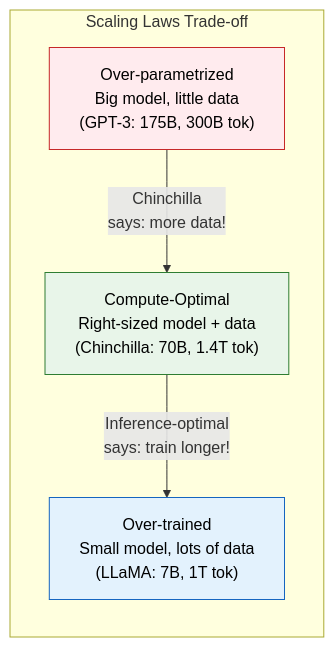
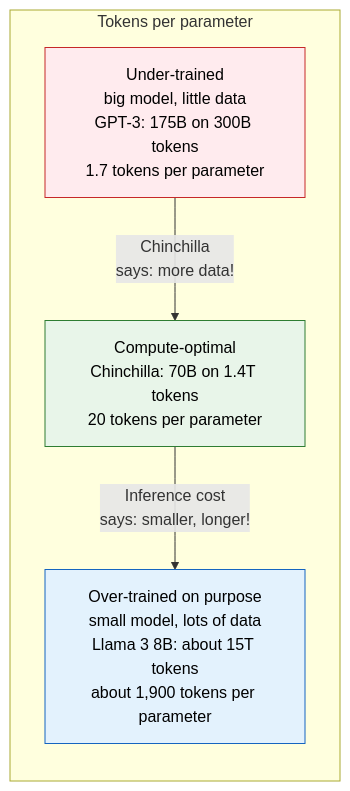
One commit to Hmago/ml4 changed diagram 16 of 26 in content/34b_google_top10_ml_interview_part2.md. Above: the diagram before and after it, drawn with Mermaid. The commit also changed other lines of this file and 59 other files, not shown here.

````diff
--- a/content/34b_google_top10_ml_interview_part2.md
+++ b/content/34b_google_top10_ml_interview_part2.md
@@ -1139,16 +1839,16 @@
 ```mermaid
 graph LR
-    subgraph "Scaling Laws Trade-off"
+    subgraph "Tokens per parameter"
         direction TB
-        OVER["Over-parametrized<br/>Big model, little data<br/>(GPT-3: 175B, 300B tok)"]
-        OPT["Compute-Optimal<br/>Right-sized model + data<br/>(Chinchilla: 70B, 1.4T tok)"]
-        OVER_T["Over-trained<br/>Small model, lots of data<br/>(LLaMA: 7B, 1T tok)"]
+        OVER["Under-trained<br/>big model, little data<br/>GPT-3: 175B on 300B tokens<br/>1.7 tokens per parameter"]
+        OPT["Compute-optimal<br/>Chinchilla: 70B on 1.4T tokens<br/>20 tokens per parameter"]
+        OVER_T["Over-trained on purpose<br/>small model, lots of data<br/>Llama 3 8B: about 15T tokens<br/>about 1,900 tokens per parameter"]
     end
 
     OVER -->|"Chinchilla<br/>says: more data!"| OPT
-    OPT -->|"Inference-optimal<br/>says: train longer!"| OVER_T
+    OPT -->|"Inference cost<br/>says: smaller, longer!"| OVER_T
 
     style OVER fill:#ffebee,stroke:#c62828,color:#000
     style OPT fill:#e8f5e9,stroke:#2e7d32,color:#000
     style OVER_T fill:#e3f2fd,stroke:#1565c0,color:#000
 ```
````
